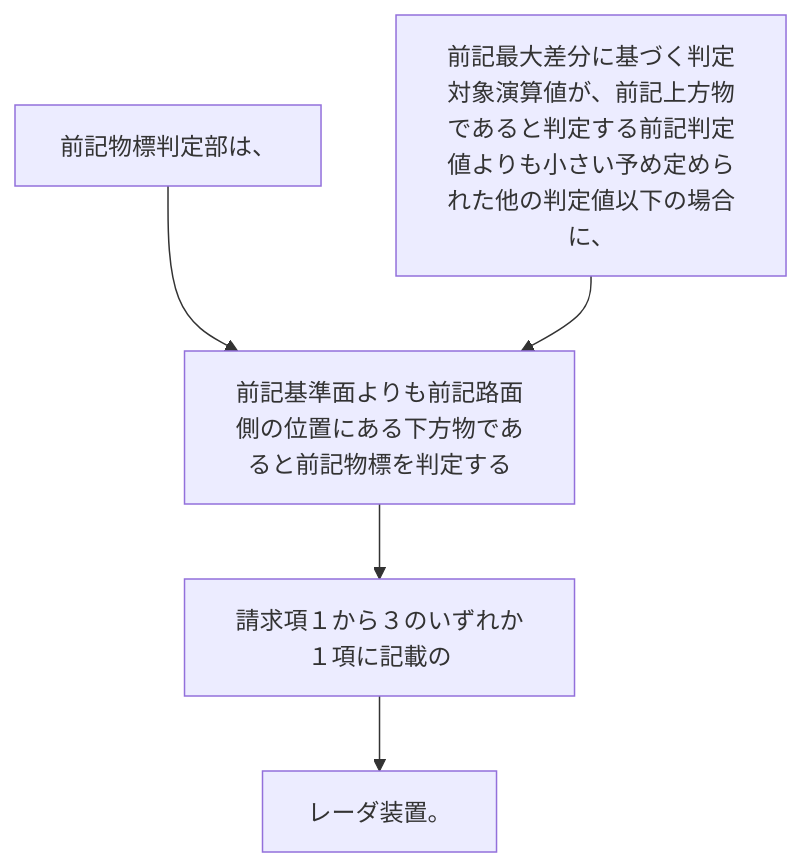
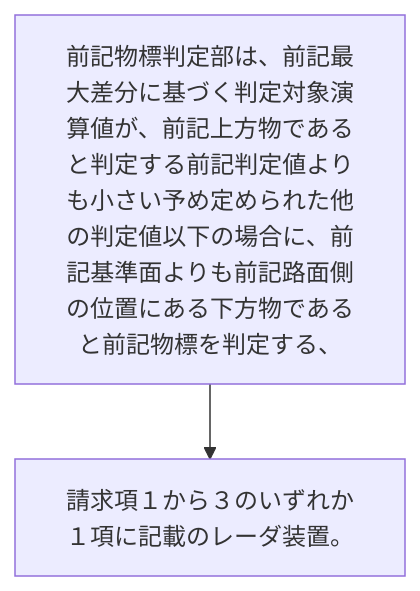
The diagram in 2024/JP2024021637A/claim_8/README.md (shinmori55/patent_analyzed), drawn with Mermaid before and after one commit. The commit also changed 336 other files, not shown here.

````diff
--- a/2024/JP2024021637A/claim_8/README.md
+++ b/2024/JP2024021637A/claim_8/README.md
@@ -4,12 +4,6 @@
 ```mermaid
 flowchart TD
-A[前記物標判定部は、]
-B[前記最大差分に基づく判定対象演算値が、前記上方物であると判定する前記判定値よりも小さい予め定められた他の判定値以下の場合に、]
-C[前記基準面よりも前記路面側の位置にある下方物であると前記物標を判定する]
-D[請求項１から３のいずれか１項に記載の]
-E[レーダ装置。]
-A --> C
-B --> C
-C --> D
-D --> E
+A[前記物標判定部は、前記最大差分に基づく判定対象演算値が、前記上方物であると判定する前記判定値よりも小さい予め定められた他の判定値以下の場合に、前記基準面よりも前記路面側の位置にある下方物であると前記物標を判定する、]
+B[請求項１から３のいずれか１項に記載のレーダ装置。]
+A --> B
 ```
````
